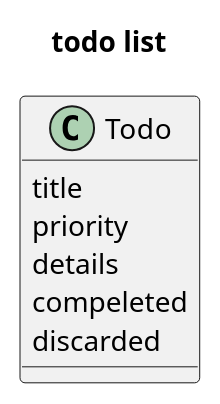
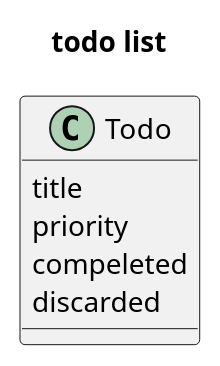
One commit to Keyhoh/short-todo-list changed the diagram in docs/class-diagram.pu. Above: the diagram before and after it, drawn with PlantUML. The commit also changed 4 other files, not shown here.

```diff
--- a/docs/class-diagram.pu
+++ b/docs/class-diagram.pu
@@ -1,12 +1,11 @@
 @startuml
 title todo list
 
 class Todo{
     title
     priority
-    details
     compeleted
     discarded
 }
 
 @enduml
```
